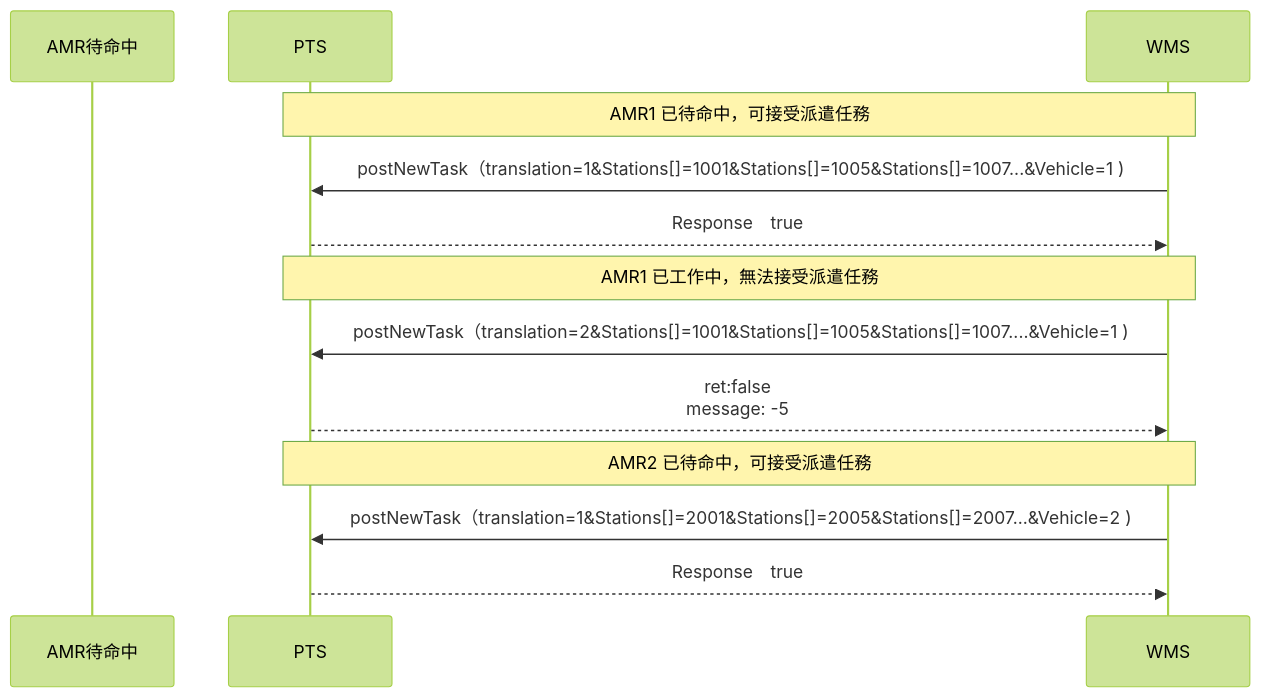
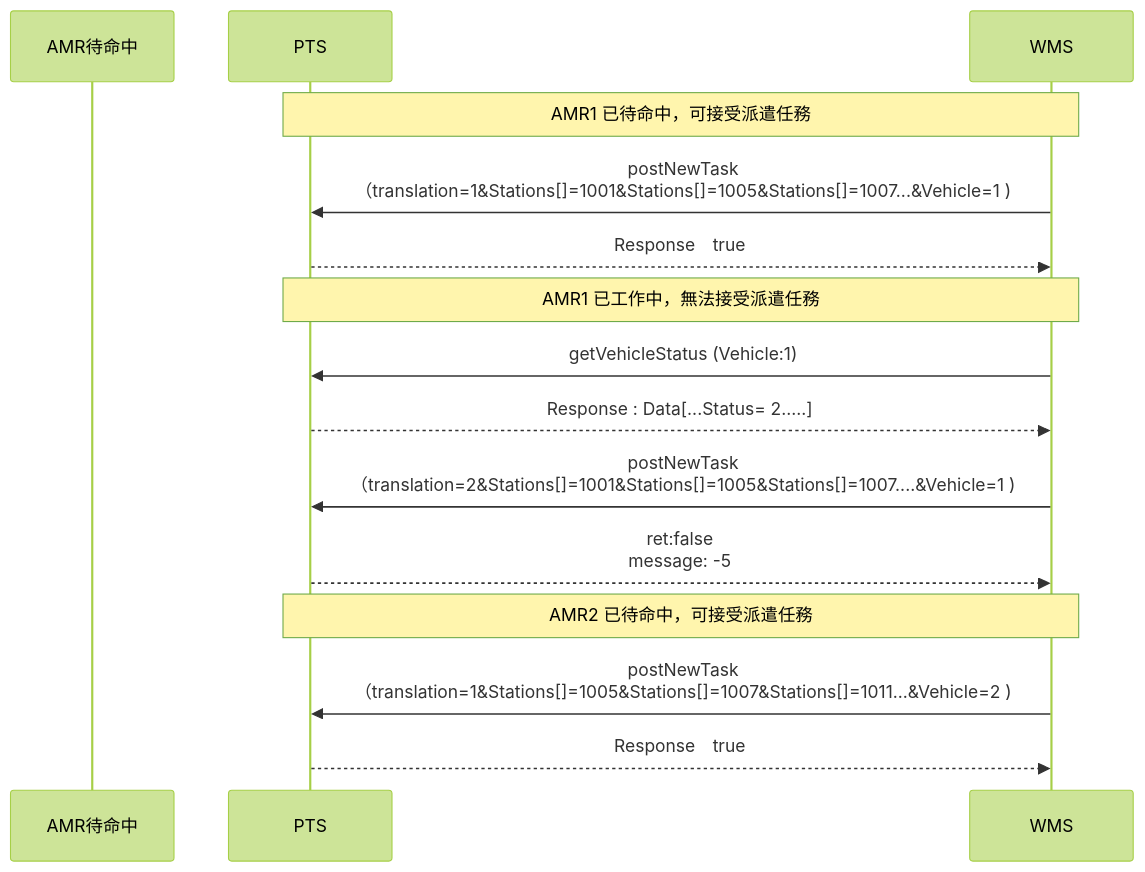
One commit to athena-tircgo/amr-wms-lsj changed the sixth of 9 diagrams in README.md. Above: the diagram before and after it, drawn with Mermaid (forest theme).

````diff
--- a/README.md
+++ b/README.md
@@ -375,20 +375,22 @@
 ```mermaid
 sequenceDiagram
     participant AMR待命中
     participant PTS
     participant WMS
 
 note over PTS,WMS: AMR1 已待命中，可接受派遣任務
-        WMS->>PTS: postNewTask（translation=1&Stations[]=1001&Stations[]=1005&Stations[]=1007...&Vehicle=1 )
+        WMS->>PTS: postNewTask <br>（translation=1&Stations[]=1001&Stations[]=1005&Stations[]=1007...&Vehicle=1 )
         PTS-->>WMS: Response　true
 
 note over PTS,WMS:  AMR1 已工作中，無法接受派遣任務
-        WMS->>PTS: postNewTask（translation=2&Stations[]=1001&Stations[]=1005&Stations[]=1007....&Vehicle=1 )
+        WMS->>PTS:getVehicleStatus (Vehicle:1)
+        PTS-->>WMS:Response : Data[...Status= 2.....]
+        WMS->>PTS: postNewTask<br>（translation=2&Stations[]=1001&Stations[]=1005&Stations[]=1007....&Vehicle=1 )
         PTS-->>WMS: ret:false <br> message: -5
 
 note over PTS,WMS: AMR2 已待命中，可接受派遣任務
-        WMS->>PTS: postNewTask（translation=1&Stations[]=2001&Stations[]=2005&Stations[]=2007...&Vehicle=2 )
+        WMS->>PTS: postNewTask<br>（translation=1&Stations[]=1005&Stations[]=1007&Stations[]=1011...&Vehicle=2 )
         PTS-->>WMS: Response　true
 
 
 ```
````
